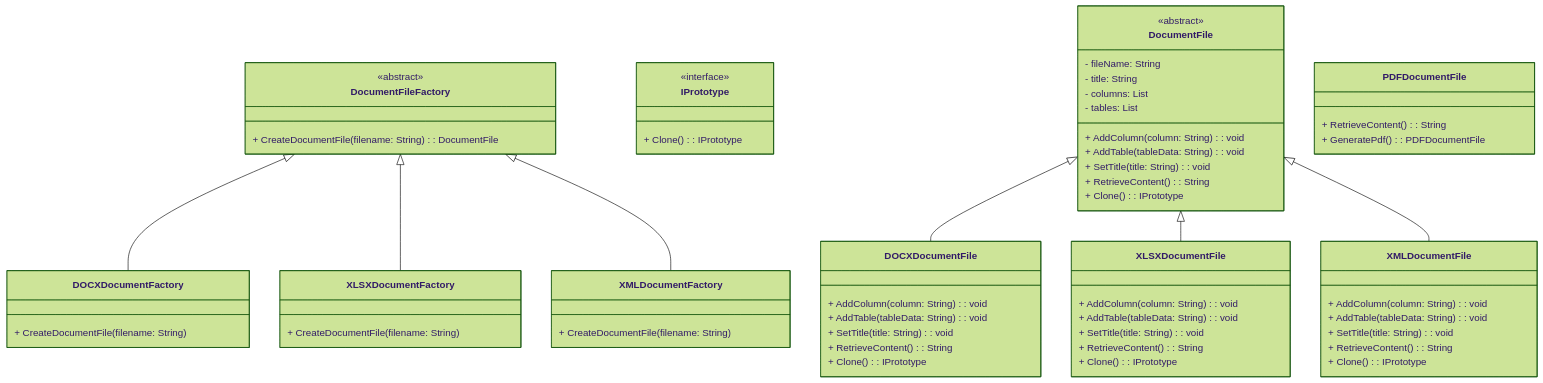
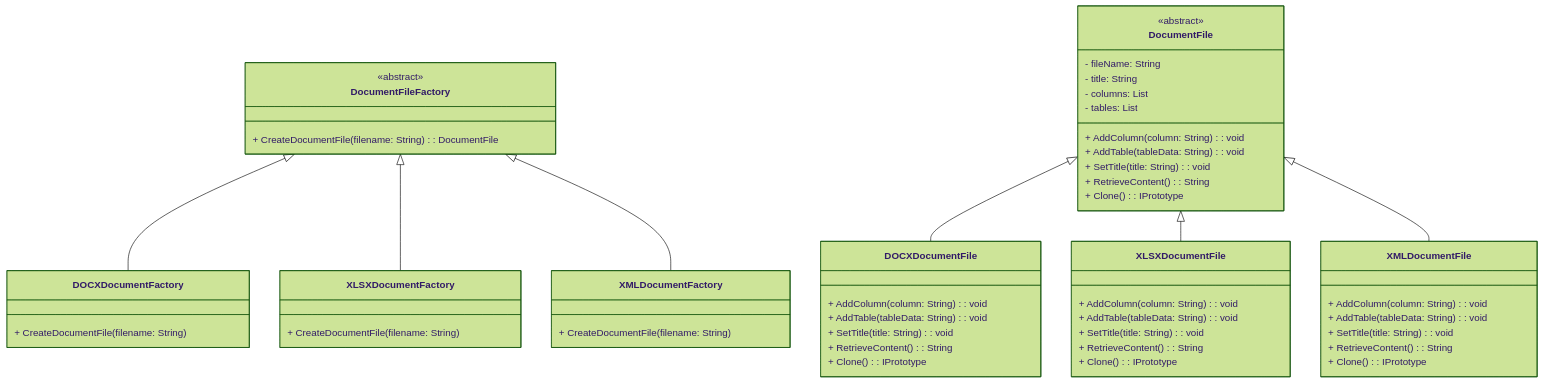
The first of 3 diagrams in Punto 2/readme.md (wandresvr/Trabajo-Patrones-creacionales), drawn with Mermaid (forest theme) before and after one commit.

Commit message:
Update readme.md
Se corrige diagrama UML

```diff
--- a/Punto 2/readme.md
+++ b/Punto 2/readme.md
@@ -25,12 +25,6 @@
       + CreateDocumentFile(filename: String)
     }
 
-    %% Interfaz para clonar el documento
-    class IPrototype {
-        <<interface>>
-        + Clone() : IPrototype
-    }
-
     %% Clase abstracta documento
     class DocumentFile {
     <<abstract>>
@@ -43,12 +37,6 @@
       + SetTitle(title: String) : void
       + RetrieveContent() : String
       + Clone() : IPrototype
-    }
-
-    %% clase documento PDF
-    class PDFDocumentFile {
-      + RetrieveContent() : String
-      + GeneratePdf() : PDFDocumentFile
     }
 
     %% Implementación documento concreto Word
```
